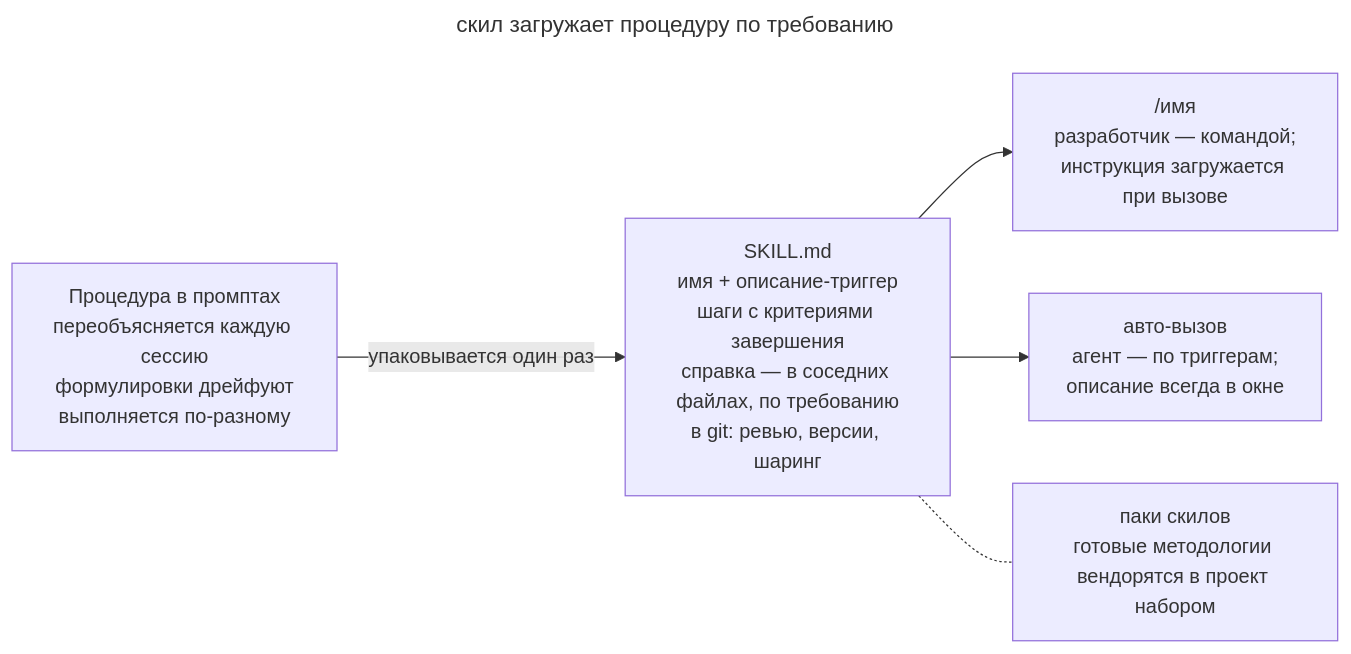
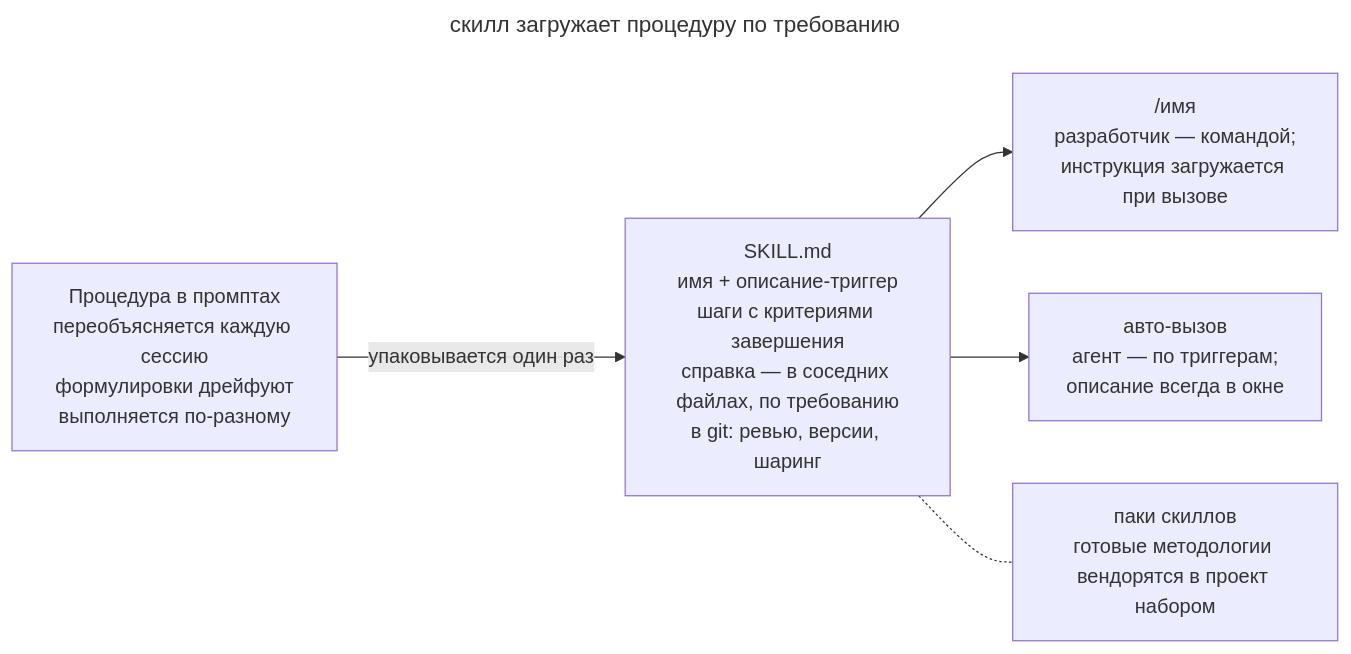
The diagram in book/ru/skills-as-packaged-workflows.md (Rastavelli/agentic-coding-design-patterns), drawn with Mermaid before and after one commit. The commit also changed other lines of this file and 40 other files, not shown here.

````diff
--- a/book/ru/skills-as-packaged-workflows.md
+++ b/book/ru/skills-as-packaged-workflows.md
@@ -41,15 +41,15 @@
 ```mermaid
 ---
-title: скил загружает процедуру по требованию
+title: скилл загружает процедуру по требованию
 ---
 flowchart LR
   prompts["Процедура в промптах<br/>переобъясняется каждую сессию<br/>формулировки дрейфуют<br/>выполняется по-разному"]:::warn
   skill["SKILL.md<br/>имя + описание-триггер<br/>шаги с критериями завершения<br/>справка — в соседних файлах, по требованию<br/>в git: ревью, версии, шаринг"]:::accent
   manual["/имя<br/>разработчик — командой;<br/>инструкция загружается при вызове"]
   auto["авто-вызов<br/>агент — по триггерам;<br/>описание всегда в окне"]
-  packs["паки скилов<br/>готовые методологии вендорятся в проект набором"]:::muted
+  packs["паки скиллов<br/>готовые методологии вендорятся в проект набором"]:::muted
   prompts -- "упаковывается один раз" --> skill
   skill --> manual
   skill --> auto
   skill -.- packs
 ```
````
